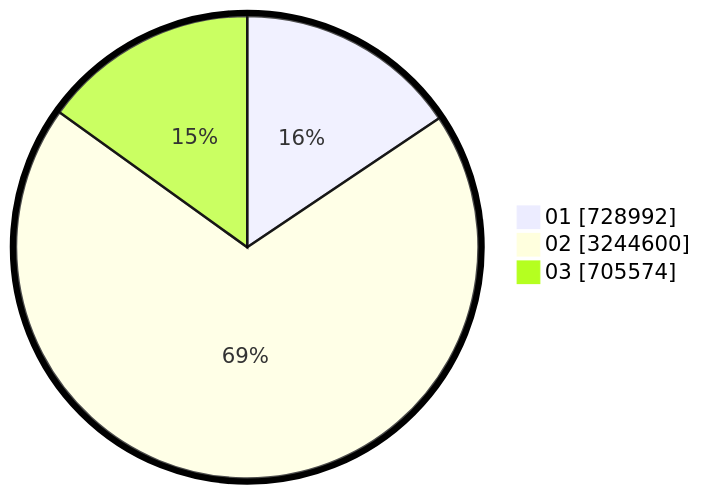
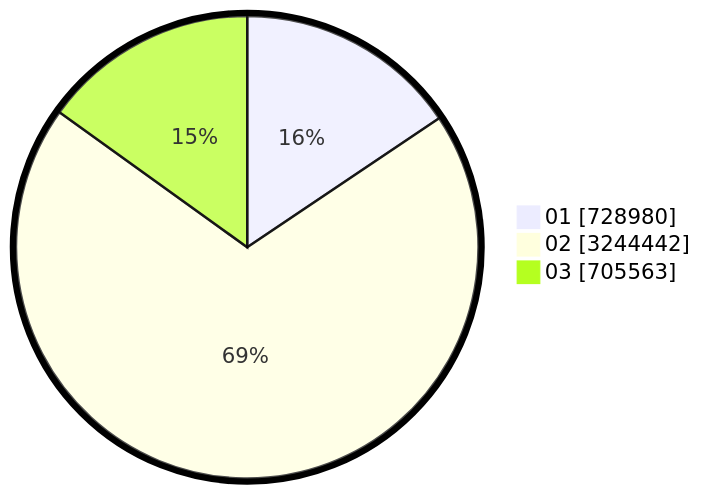
One commit to gigit-pemilu/pemilu-2024 changed the second of 2 diagrams in pilpres/hitung-suara/sub/table-wilayah-18.md. Above: the diagram before and after it, drawn with Mermaid. The commit also changed other lines of this file and 8 other files, not shown here.

````diff
--- a/pilpres/hitung-suara/sub/table-wilayah-18.md
+++ b/pilpres/hitung-suara/sub/table-wilayah-18.md
@@ -15,7 +15,7 @@
 ```mermaid
 %%{init: {"pie": {"textPosition": 0.5}, "themeVariables": {"pieOuterStrokeWidth": "5px"}} }%%
 pie showData
-    "01" : 728992
-    "02" : 3244600
-    "03" : 705574
+    "01" : 728980
+    "02" : 3244442
+    "03" : 705563
 ```
````
